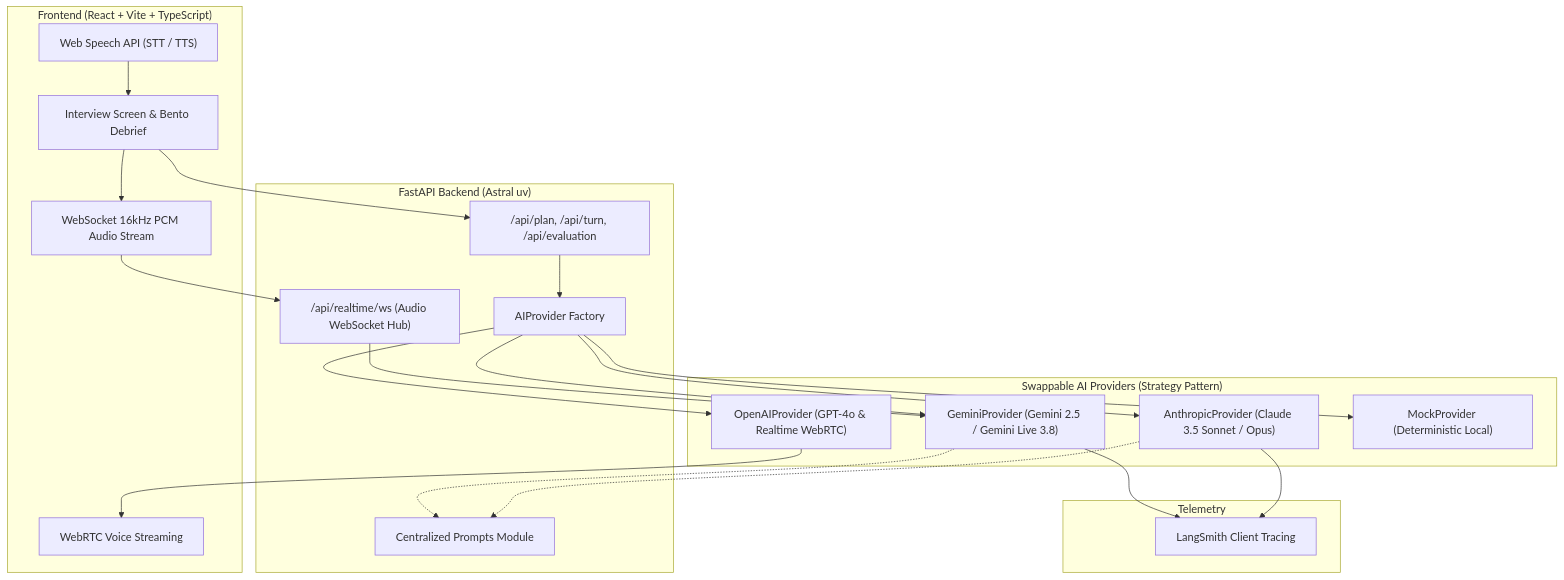
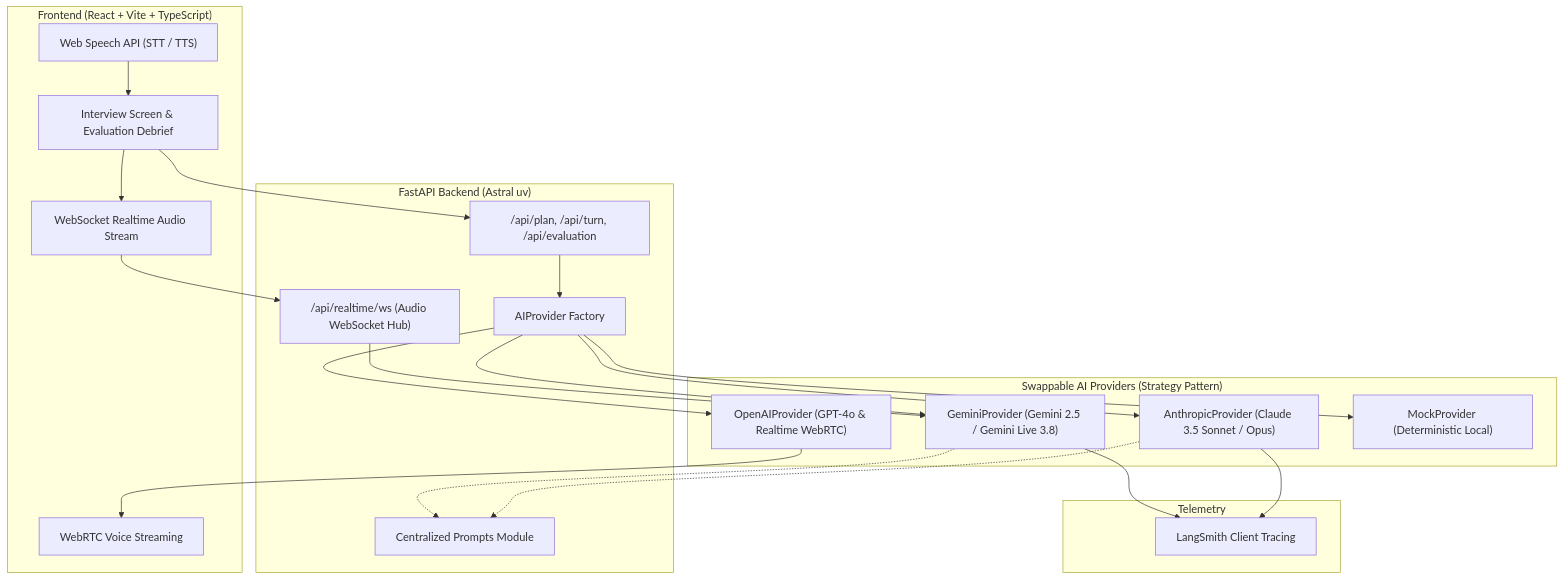
Before and after one commit to luiggisao1/interviewer-ai: the first of 2 diagrams in README.md, drawn with Mermaid. The commit also changed other lines of this file, not shown here.

````diff
--- a/README.md
+++ b/README.md
@@ -86,43 +110,43 @@
 ```mermaid
 flowchart TD
     subgraph Client ["Frontend (React + Vite + TypeScript)"]
-        UI["Interview Screen & Bento Debrief"]
+        UI["Interview Screen & Evaluation Debrief"]
         WebSpeech["Web Speech API (STT / TTS)"]
-        GeminiWS["WebSocket 16kHz PCM Audio Stream"]
+        GeminiWS["WebSocket Realtime Audio Stream"]
         WebRTC["WebRTC Voice Streaming"]
     end
 
     subgraph API ["FastAPI Backend (Astral uv)"]
         Router["/api/plan, /api/turn, /api/evaluation"]
         WSRouter["/api/realtime/ws (Audio WebSocket Hub)"]
         Factory["AIProvider Factory"]
         Prompts["Centralized Prompts Module"]
     end
 
     subgraph Providers ["Swappable AI Providers (Strategy Pattern)"]
         Gemini["GeminiProvider (Gemini 2.5 / Gemini Live 3.8)"]
         Anthropic["AnthropicProvider (Claude 3.5 Sonnet / Opus)"]
         OpenAI["OpenAIProvider (GPT-4o & Realtime WebRTC)"]
         Mock["MockProvider (Deterministic Local)"]
     end
 
     subgraph Observability ["Telemetry"]
         LangSmith["LangSmith Client Tracing"]
     end
 
     UI --> Router
     UI --> GeminiWS
     GeminiWS --> WSRouter
     WSRouter --> Gemini
     Router --> Factory
     Factory --> Gemini
     Factory --> Anthropic
     Factory --> OpenAI
     Factory --> Mock
     Gemini -.-> Prompts
     Gemini --> LangSmith
     Anthropic -.-> Prompts
     Anthropic --> LangSmith
     OpenAI --> WebRTC
     WebSpeech --> UI
 ```
````
